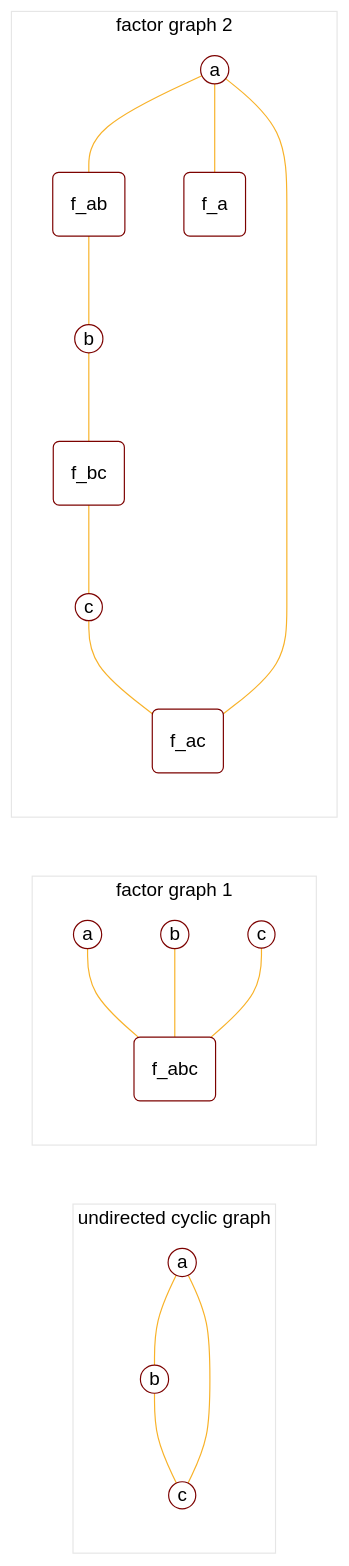
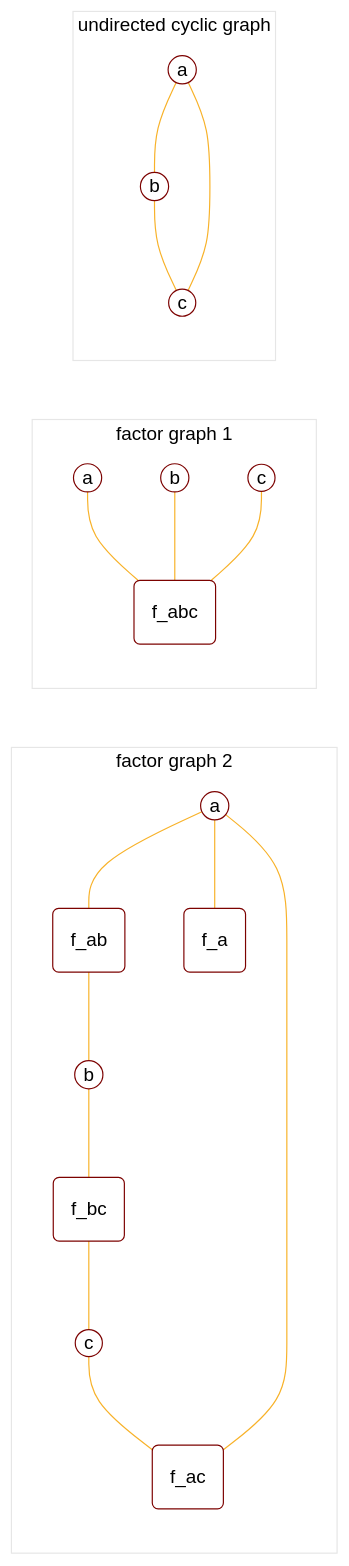
One commit to tirmisula/tirmisula.github.io changed diagram 12 of 20 in content/posts/probabilistic-graphical-model.md. Above: the diagram before and after it, drawn with Mermaid. The commit also changed other lines of this file, not shown here.

````diff
--- a/content/posts/probabilistic-graphical-model.md
+++ b/content/posts/probabilistic-graphical-model.md
@@ -1054,37 +1056,37 @@
 ```mermaid
 %%{
   init: {
     'theme': 'base',
     "htmlLabels": true,
     "securityLevel": "loose",
     'themeVariables': {
       'primaryColor': 'white',
       'primaryTextColor': '#000',
       'primaryBorderColor': '#7C0200',
       'lineColor': '#F8B229',
       'secondaryColor': 'grey',
       'tertiaryColor': '#fff'
     }
   }
 }%%
 flowchart LR
-    subgraph undirected cyclic graph
-      id1(("a")) --- id2((b))
-      id2(("b")) --- id3((c))
-      id3(("c")) --- id1((a))
-    end
-    subgraph factor graph 1
-      id4(("a")) --- id7(f_abc)
-      id5(("b")) --- id7(f_abc)
-      id6(("c")) --- id7(f_abc)
-    end
     subgraph factor graph 2
       id8(("a")) --- id9(f_ab)
       id9(f_ab) --- id10((b))
       id10((b)) --- id11(f_bc)
       id11(f_bc) --- id12((c))
       id12((c)) --- id13(f_ac)
       id13(f_ac) --- id8((a))
       id8(("a")) --- id14(f_a)
     end
+    subgraph factor graph 1
+      id4(("a")) --- id7(f_abc)
+      id5(("b")) --- id7(f_abc)
+      id6(("c")) --- id7(f_abc)
+    end
+    subgraph undirected cyclic graph
+      id1(("a")) --- id2((b))
+      id2(("b")) --- id3((c))
+      id3(("c")) --- id1((a))
+    end
 ```
````
